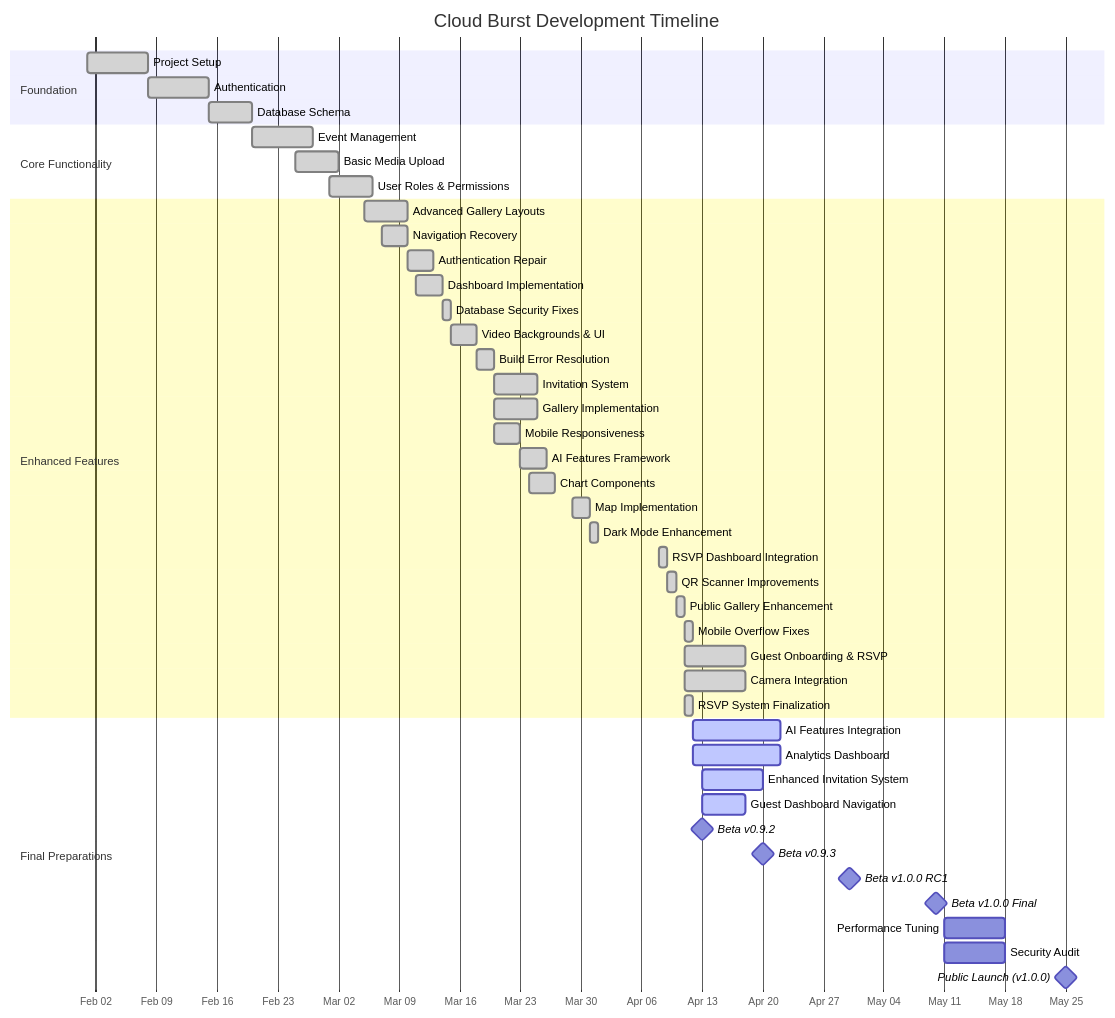
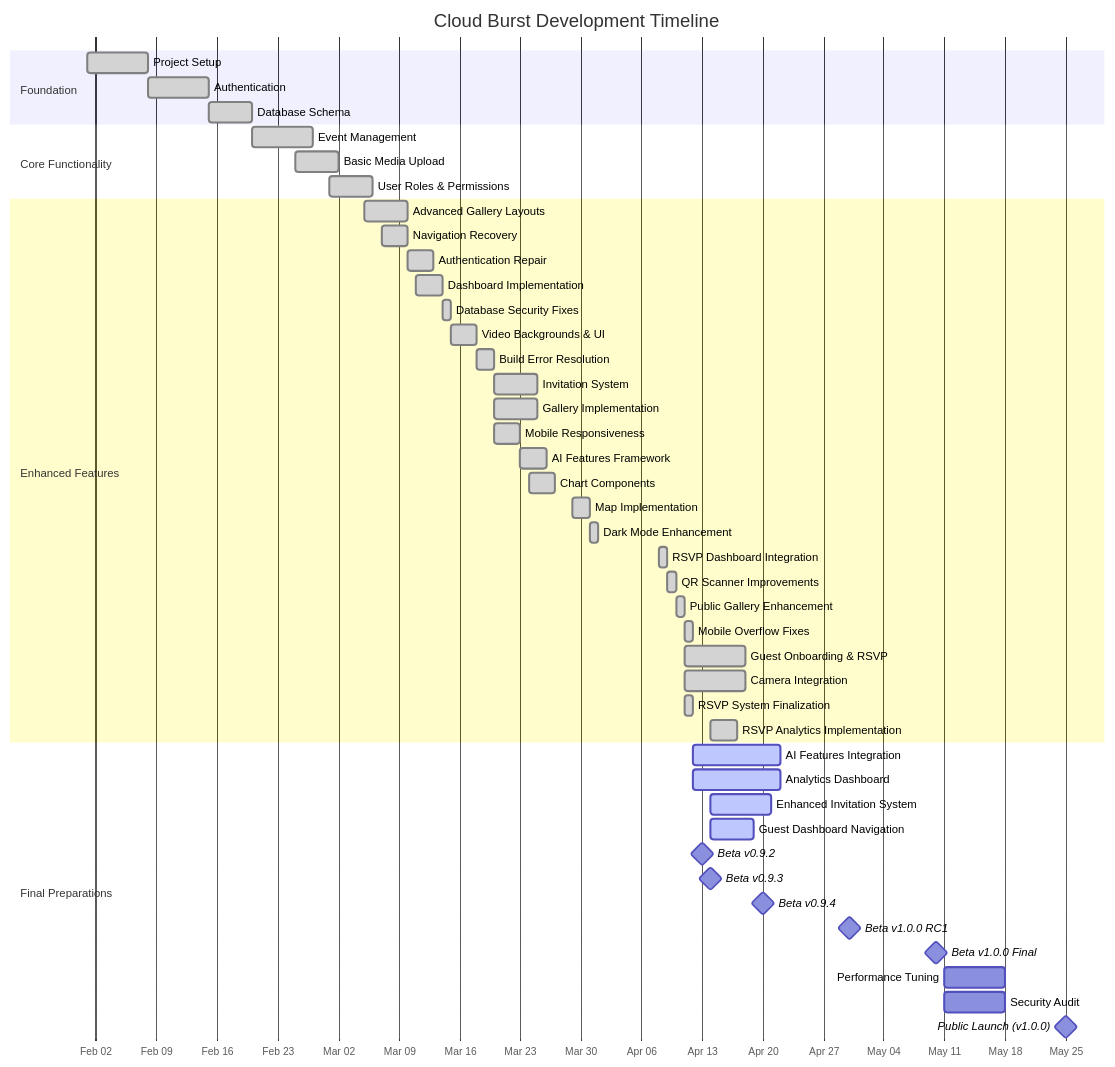
The first of 2 diagrams in docs/planning/roadmap.md (mrj0nesmtl/cloud-burst), drawn with Mermaid before and after one commit. The commit also changed other lines of this file and 3 other files, not shown here.

````diff
--- a/docs/planning/roadmap.md
+++ b/docs/planning/roadmap.md
@@ -196,52 +200,54 @@
 ```mermaid
 gantt
     title Cloud Burst Development Timeline
     dateFormat  YYYY-MM-DD
     axisFormat %b %d
     
     section Foundation
     Project Setup           :done, f1, 2025-02-01, 7d
     Authentication          :done, f2, 2025-02-08, 7d
     Database Schema         :done, f3, 2025-02-15, 5d
     
     section Core Functionality
     Event Management        :done, c1, 2025-02-20, 7d
     Basic Media Upload      :done, c2, 2025-02-25, 5d
     User Roles & Permissions:done, c3, 2025-03-01, 5d
     
     section Enhanced Features
     Advanced Gallery Layouts:done, e1, 2025-03-05, 5d
     Navigation Recovery     :done, e2, 2025-03-07, 3d
     Authentication Repair   :done, e3, 2025-03-10, 3d
     Dashboard Implementation:done, e4, 2025-03-11, 3d
     Database Security Fixes :done, e5, 2025-03-14, 1d
     Video Backgrounds & UI  :done, e6, 2025-03-15, 3d
     Build Error Resolution  :done, e7, 2025-03-18, 2d
     Invitation System       :done, e8, 2025-03-20, 5d
     Gallery Implementation  :done, e9, 2025-03-20, 5d
     Mobile Responsiveness   :done, e10, 2025-03-20, 3d
     AI Features Framework   :done, e11, 2025-03-23, 3d
     Chart Components        :done, e14, 2025-03-24, 3d
     Map Implementation      :done, e15, 2025-03-29, 2d
     Dark Mode Enhancement   :done, e16, 2025-03-31, 1d
     RSVP Dashboard Integration :done, e17, 2025-04-08, 1d
     QR Scanner Improvements :done, e18, 2025-04-09, 1d
     Public Gallery Enhancement :done, e19, 2025-04-10, 1d
     Mobile Overflow Fixes   :done, e20, 2025-04-11, 1d
     Guest Onboarding & RSVP :done, e21, 2025-04-11, 7d
     Camera Integration      :done, e22, 2025-04-11, 7d
     RSVP System Finalization:done, e23, 2025-04-11, 1d
+    RSVP Analytics Implementation:done, e24, 2025-04-14, 3d
     
     section Final Preparations
     AI Features Integration :active, ai1, 2025-04-12, 10d
     Analytics Dashboard     :active, ad1, 2025-04-12, 10d
-    Enhanced Invitation System :active, is1, 2025-04-13, 7d
-    Guest Dashboard Navigation :active, gd1, 2025-04-13, 5d
+    Enhanced Invitation System :active, is1, 2025-04-14, 7d
+    Guest Dashboard Navigation :active, gd1, 2025-04-14, 5d
     Beta v0.9.2             :milestone, b0, 2025-04-13, 0d
-    Beta v0.9.3             :milestone, b0a, 2025-04-20, 0d
+    Beta v0.9.3             :milestone, b0a, 2025-04-14, 0d
+    Beta v0.9.4             :milestone, b0b, 2025-04-20, 0d
     Beta v1.0.0 RC1         :milestone, b1, 2025-04-30, 0d
     Beta v1.0.0 Final       :milestone, b2, 2025-05-10, 0d
     Performance Tuning      :o1, 2025-05-11, 7d
     Security Audit          :o2, 2025-05-11, 7d
     Public Launch (v1.0.0)  :milestone, l3, 2025-05-25, 0d
 ```
````
